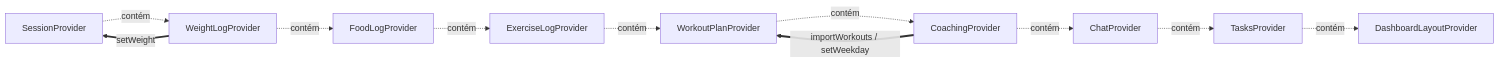
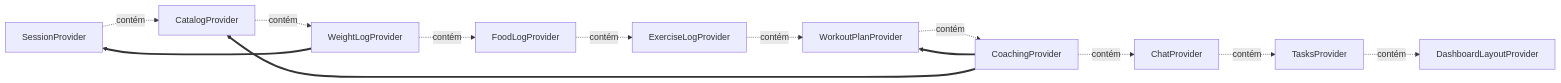
Before and after one commit to willians-e-silva/treina: the second of 4 diagrams in audit/architecture.md, drawn with Mermaid. The commit also changed other lines of this file and 22 other files, not shown here.

````diff
--- a/audit/architecture.md
+++ b/audit/architecture.md
@@ -44,22 +46,25 @@
 ```mermaid
 flowchart LR
   p0["SessionProvider"]
-  p1["WeightLogProvider"]
-  p0 -.contém.-> p1
-  p2["FoodLogProvider"]
-  p1 -.contém.-> p2
-  p3["ExerciseLogProvider"]
-  p2 -.contém.-> p3
-  p4["WorkoutPlanProvider"]
-  p3 -.contém.-> p4
-  p5["CoachingProvider"]
-  p4 -.contém.-> p5
-  p6["ChatProvider"]
-  p5 -.contém.-> p6
-  p7["TasksProvider"]
-  p6 -.contém.-> p7
-  p8["DashboardLayoutProvider"]
-  p7 -.contém.-> p8
-  p1 ==>|"setWeight"| p0
-  p5 ==>|"importWorkouts / setWeekday"| p4
+  p1["CatalogProvider"]
+  p0 -.->|contém| p1
+  p2["WeightLogProvider"]
+  p1 -.->|contém| p2
+  p3["FoodLogProvider"]
+  p2 -.->|contém| p3
+  p4["ExerciseLogProvider"]
+  p3 -.->|contém| p4
+  p5["WorkoutPlanProvider"]
+  p4 -.->|contém| p5
+  p6["CoachingProvider"]
+  p5 -.->|contém| p6
+  p7["ChatProvider"]
+  p6 -.->|contém| p7
+  p8["TasksProvider"]
+  p7 -.->|contém| p8
+  p9["DashboardLayoutProvider"]
+  p8 -.->|contém| p9
+  p2 ==> p0
+  p6 ==> p5
+  p6 ==> p1
 ```
````
